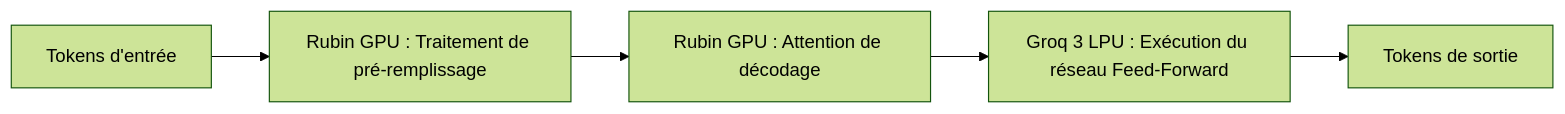
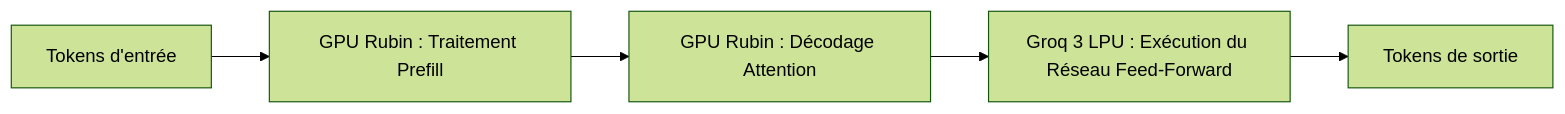
The first of 3 diagrams in articles/fr/2026-03-18-nvidia-vera-rubin-inference-infrastructure.md (no-problem-dev/rick-brick-content), drawn with Mermaid (forest theme) before and after one commit. The commit also changed other lines of this file and 126 other files, not shown here.

````diff
--- a/articles/fr/2026-03-18-nvidia-vera-rubin-inference-infrastructure.md
+++ b/articles/fr/2026-03-18-nvidia-vera-rubin-inference-infrastructure.md
@@ -111,7 +111,7 @@
 ```mermaid
 graph LR
-    A[Tokens d'entrée] --> B[Rubin GPU : Traitement de pré-remplissage]
-    B --> C[Rubin GPU : Attention de décodage]
-    C --> D[Groq 3 LPU : Exécution du réseau Feed-Forward]
+    A[Tokens d'entrée] --> B[GPU Rubin : Traitement Prefill]
+    B --> C[GPU Rubin : Décodage Attention]
+    C --> D[Groq 3 LPU : Exécution du Réseau Feed-Forward]
     D --> E[Tokens de sortie]
 ```
````
